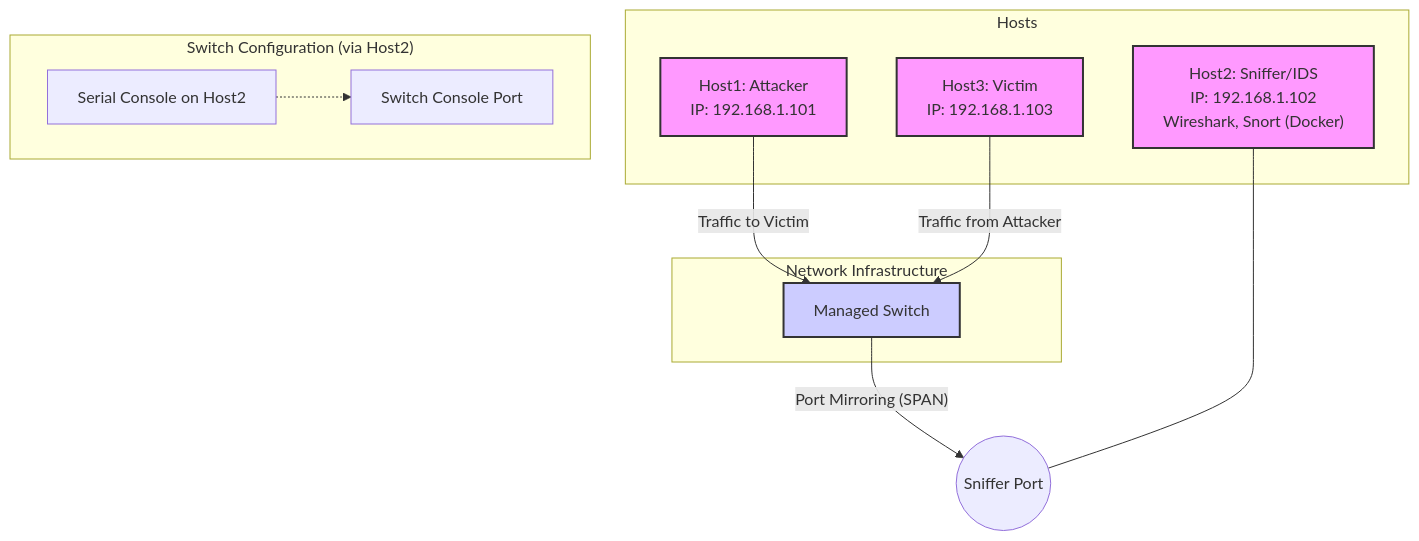
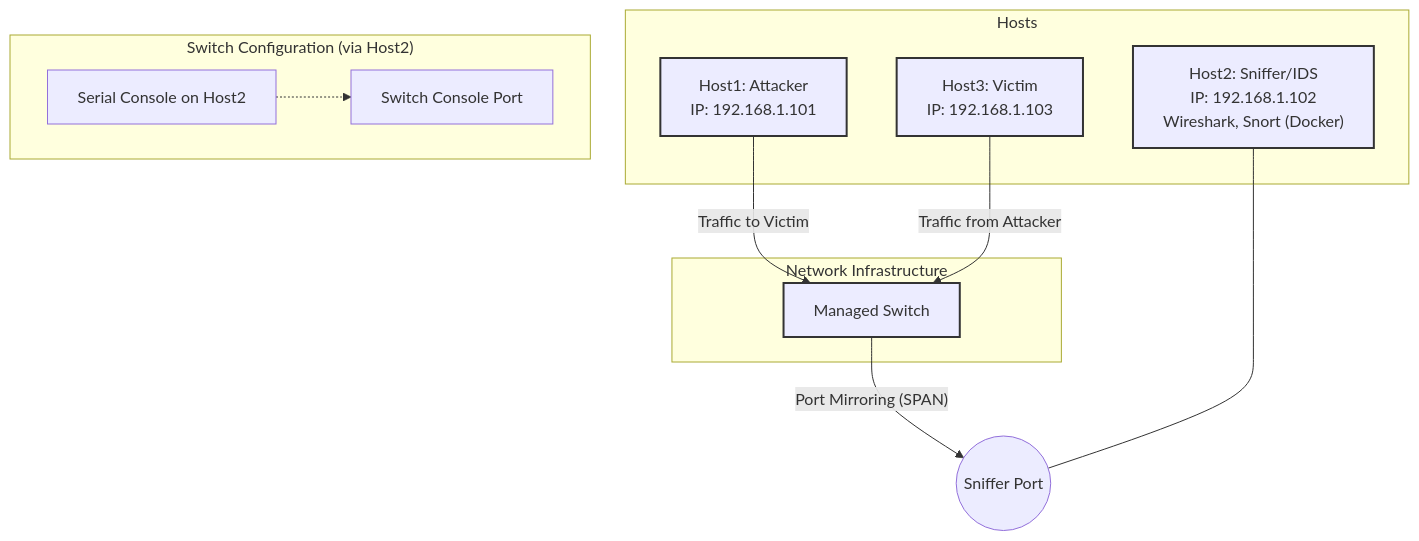
One commit to 02loveslollipop/DoS-Sniffer-lab changed the first of 2 diagrams in README.md. Above: the diagram before and after it, drawn with Mermaid. The commit also changed 6 other files, not shown here.

````diff
--- a/README.md
+++ b/README.md
@@ -18,29 +18,29 @@
 ```mermaid
 graph TD
     subgraph "Network Infrastructure"
         SW["Managed Switch"]
     end
 
     subgraph "Hosts"
         H1["Host1: Attacker<br>IP: 192.168.1.101"]
         H2["Host2: Sniffer/IDS<br>IP: 192.168.1.102<br>Wireshark, Snort (Docker)"]
         H3["Host3: Victim<br>IP: 192.168.1.103"]
     end
 
     H1 -- "Traffic to Victim" --> SW
     H3 -- "Traffic from Attacker" --> SW
     SW -- "Port Mirroring (SPAN)" --> H2_SniffPort((Sniffer Port))
     
     H2 --- H2_SniffPort
 
     subgraph "Switch Configuration (via Host2)"
         H2_Serial["Serial Console on Host2"]
         SW_Console["Switch Console Port"]
         H2_Serial -.-> SW_Console
     end
 
-    classDef host fill:#f9f,stroke:#333,stroke-width:2px;
-    classDef switch fill:#ccf,stroke:#333,stroke-width:2px;
+    classDef host stroke:#333,stroke-width:2px;
+    classDef switch stroke:#333,stroke-width:2px;
     class H1,H2,H3 host;
     class SW switch;
 ```
````
